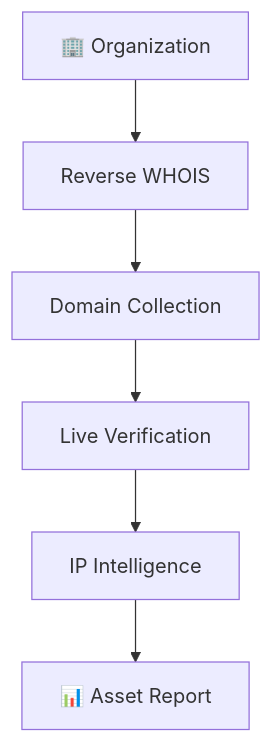
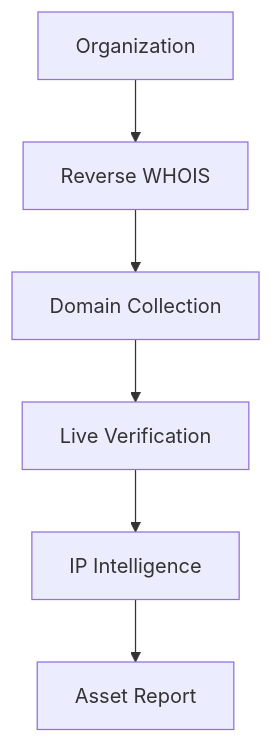
One commit to vikrantbatra05/HuntTheBug changed the third of 3 diagrams in README.md. Above: the diagram before and after it, drawn with Mermaid. The commit also changed other lines of this file, not shown here.

````diff
--- a/README.md
+++ b/README.md
@@ -413,8 +411,8 @@
 ```mermaid
 graph TD
-    A[🏢 Organization] --> B[Reverse WHOIS]
+    A[Organization] --> B[Reverse WHOIS]
     B --> C[Domain Collection]
     C --> D[Live Verification]
     D --> E[IP Intelligence]
-    E --> F[📊 Asset Report]
+    E --> F[Asset Report]
 ```
````
